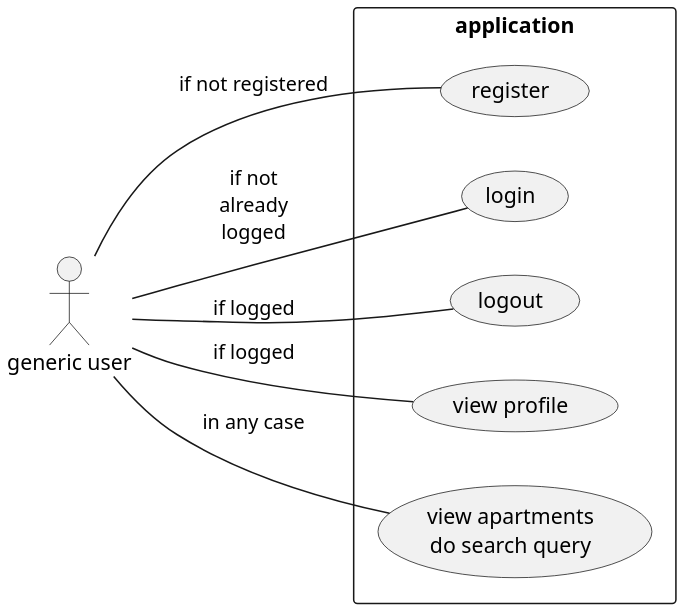
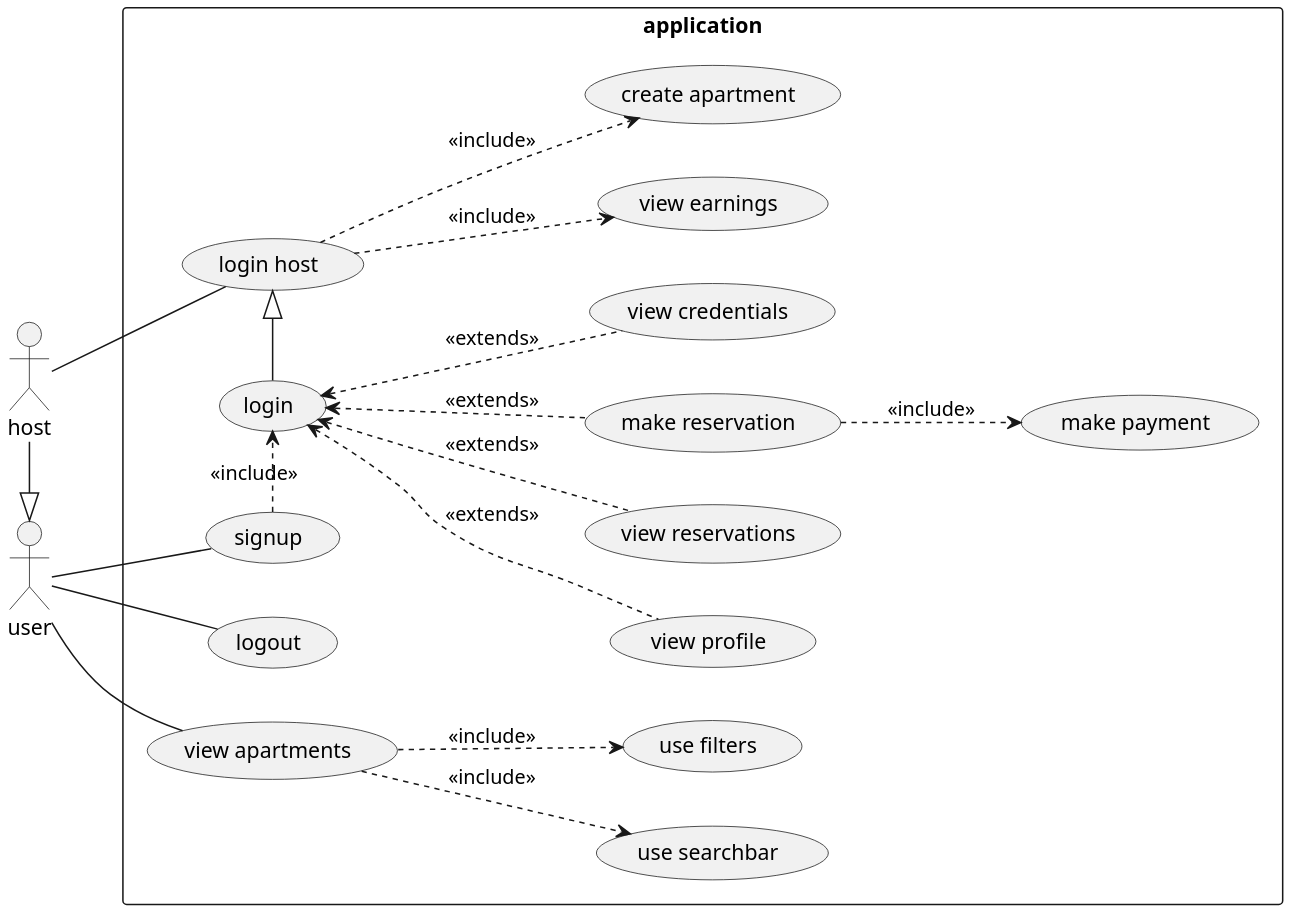
Before and after one commit to TommasoScalici/BnB: the diagram in app-diagrams/usecase/useracess.wsd, drawn with PlantUML. The commit also changed 2 other files, not shown here.

Commit message:
create use cases diagram (to fix)

```diff
--- a/app-diagrams/usecase/useracess.wsd
+++ b/app-diagrams/usecase/useracess.wsd
@@ -1,16 +1,39 @@
 @startuml useraccess
 scale 2
 left to right direction
 skinparam packageStyle rect
 
-actor "generic user"
+:user:
+:host:
 
 rectangle "application" {
-    (generic user) -- (register) : if not registered
-    (generic user) -- (login) : if not\nalready\nlogged
-    (generic user) -- (logout) : if logged
-    (generic user) -- (view profile) : if logged
-    (generic user) -- (view apartments\ndo search query) : in any case
+
+
+
+    host -|> user
+    
+    (user) -- (signup)      
+    (user) -- (logout)  
+    (user) -- (view apartments)
+    host -- (login host)
+
+    signup .>  (login): <<include>>
+
+    login <.. (make reservation): <<extends>>
+    (make reservation) ..> (make payment): <<include>>
+    login <.. (view credentials): <<extends>>
+    login <.. (view profile): <<extends>>
+    login <.. (view reservations): <<extends>>
+
+    login -|> (login host)
+    (login host) ..> (view earnings): <<include>>
+    (login host) ..> (create apartment): <<include>>
+
+    (view apartments) ..> (use searchbar): <<include>>
+    (view apartments) ..> (use filters): <<include>>
+
+    
+    
 }
 
 @enduml
```
